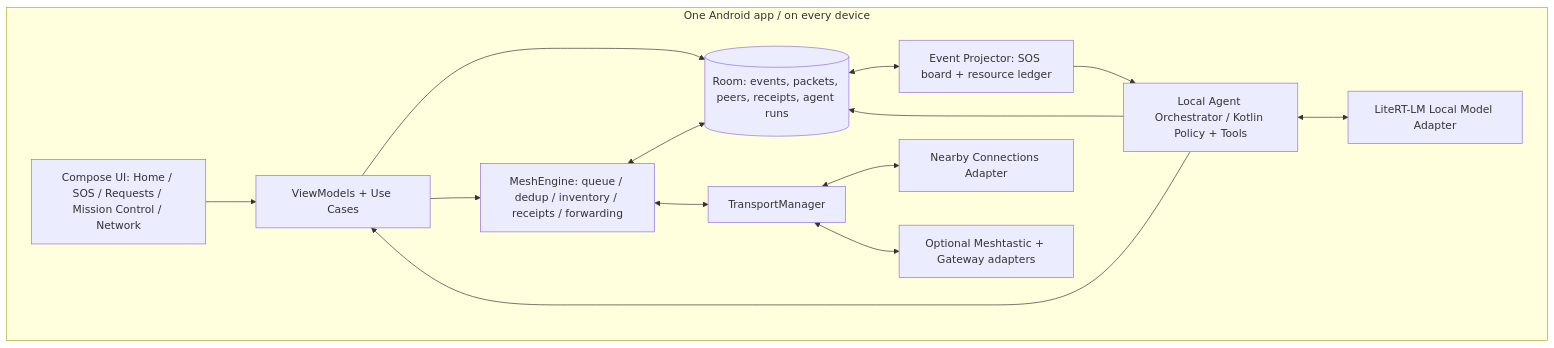
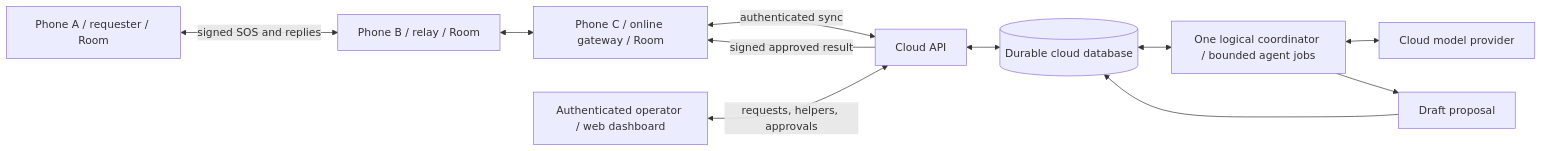
The diagram in ARCHITECTURE.md (MD-Khalandar/GHOST-NETWORK), drawn with Mermaid before and after one commit. The commit also changed other lines of this file and 18 other files, not shown here.

````diff
--- a/ARCHITECTURE.md
+++ b/ARCHITECTURE.md
@@ -21,27 +9,13 @@
 ```mermaid
-flowchart TB
-  subgraph PHONE[One Android app / on every device]
-    UI[Compose UI: Home / SOS / Requests / Mission Control / Network]
-    VM[ViewModels + Use Cases]
-    ROOM[(Room: events, packets, peers, receipts, agent runs)]
-    DOM[Event Projector: SOS board + resource ledger]
-    MESH[MeshEngine: queue / dedup / inventory / receipts / forwarding]
-    TM[TransportManager]
-    NEAR[Nearby Connections Adapter]
-    AI[Local Agent Orchestrator / Kotlin Policy + Tools]
-    MODEL[LiteRT-LM Local Model Adapter]
-    EXT[Optional Meshtastic + Gateway adapters]
-  end
-  UI --> VM
-  VM --> ROOM
-  VM --> MESH
-  ROOM <--> DOM
-  MESH <--> ROOM
-  MESH <--> TM
-  TM <--> NEAR
-  TM <--> EXT
-  DOM --> AI
-  AI <--> MODEL
-  AI --> ROOM
-  AI --> VM
+flowchart LR
+  A[Phone A / requester / Room] <-->|signed SOS and replies| B[Phone B / relay / Room]
+  B <--> C[Phone C / online gateway / Room]
+  C <-->|authenticated sync| API[Cloud API]
+  API <--> DB[(Durable cloud database)]
+  DB <--> AG[One logical coordinator / bounded agent jobs]
+  AG <--> LLM[Cloud model provider]
+  AG --> P[Draft proposal]
+  H[Authenticated operator / web dashboard] <-->|requests, helpers, approvals| API
+  P --> DB
+  API -->|signed approved result| C
 ```
````
